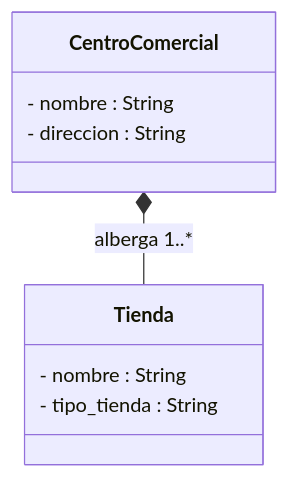
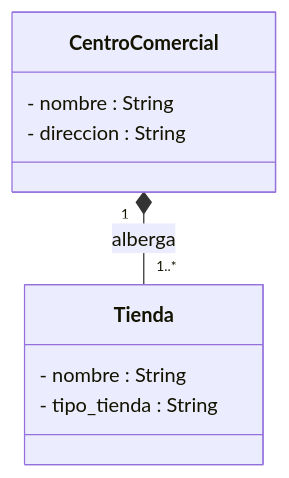
Before and after one commit to LastraMigue/6.2.Bateria-de-ejercicios: the fourth of 5 diagrams in README.md, drawn with Mermaid. The commit also changed other lines of this file, not shown here.

````diff
--- a/README.md
+++ b/README.md
@@ -63,16 +63,16 @@
 ```mermaid
 classDiagram
 direction TB
 
     class CentroComercial {
         - nombre : String
         - direccion : String
     }
 
     class Tienda {
         - nombre : String
         - tipo_tienda : String
     }
 
-CentroComercial *-- Tienda : alberga 1..*
+CentroComercial "1" *-- "1..*" Tienda : alberga
 ```
````
